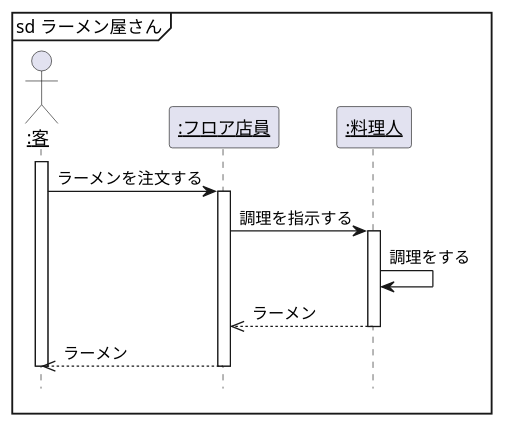
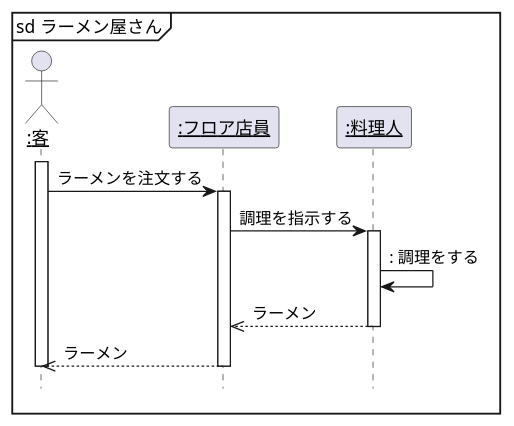
Before and after one commit to omorirenka/uml-introduction: the diagram in 演習4-1_SD_ラーメン屋さんでの注文.pu, drawn with PlantUML. The commit also changed 1 other file, not shown here.

```diff
--- a/演習4-1_SD_ラーメン屋さんでの注文.pu
+++ b/演習4-1_SD_ラーメン屋さんでの注文.pu
@@ -1,20 +1,20 @@
 @startuml
 hide footbox
 Actor "<u>:客</u>" as P
 participant "<u>:フロア店員</u>" as floor
 participant "<u>:料理人</u>" as cook
 
 mainframe sd ラーメン屋さん
 
 activate P
 P -> floor : ラーメンを注文する
 activate floor
 floor -> cook : 調理を指示する
 activate cook
-cook -> cook : 調理をする
+cook -> cook :: 調理をする
 floor <<-- cook : ラーメン
 deactivate cook
 P <<-- floor : ラーメン
 deactivate floor
 deactivate P
 @enduml
```
